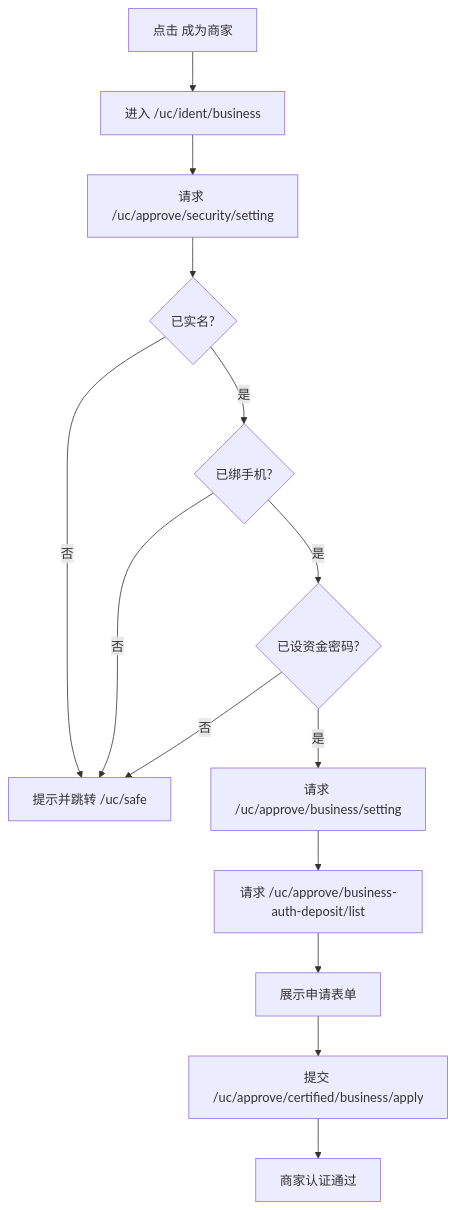
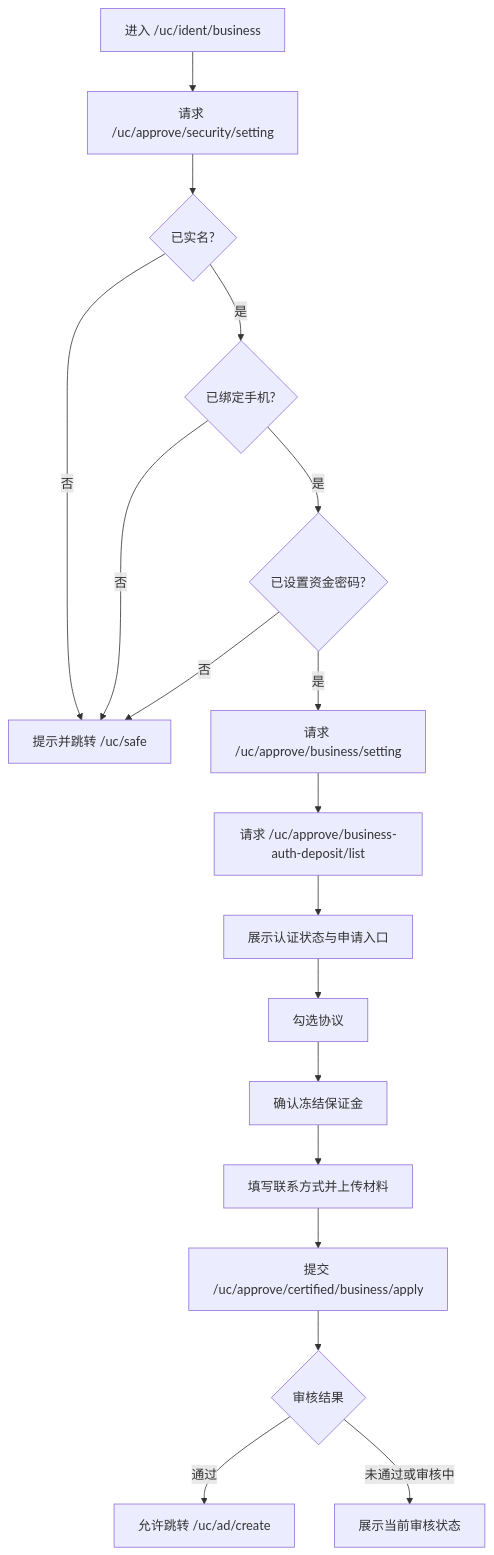
One commit to ethan2737/mscoin changed the second of 5 diagrams in OTC业务流程梳理.md. Above: the diagram before and after it, drawn with Mermaid. The commit also changed other lines of this file, not shown here.

````diff
--- a/OTC业务流程梳理.md
+++ b/OTC业务流程梳理.md
@@ -64,16 +80,20 @@
 ```mermaid
 flowchart TD
-    A[点击 成为商家] --> B[进入 /uc/ident/business]
-    B --> C[请求 /uc/approve/security/setting]
-    C --> D{已实名?}
-    D -- 否 --> E[提示并跳转 /uc/safe]
-    D -- 是 --> F{已绑手机?}
-    F -- 否 --> E
-    F -- 是 --> G{已设资金密码?}
-    G -- 否 --> E
-    G -- 是 --> H[请求 /uc/approve/business/setting]
-    H --> I[请求 /uc/approve/business-auth-deposit/list]
-    I --> J[展示申请表单]
-    J --> K[提交 /uc/approve/certified/business/apply]
-    K --> L[商家认证通过]
+    A[进入 /uc/ident/business] --> B[请求 /uc/approve/security/setting]
+    B --> C{已实名?}
+    C -- 否 --> D[提示并跳转 /uc/safe]
+    C -- 是 --> E{已绑定手机?}
+    E -- 否 --> D
+    E -- 是 --> F{已设置资金密码?}
+    F -- 否 --> D
+    F -- 是 --> G[请求 /uc/approve/business/setting]
+    G --> H[请求 /uc/approve/business-auth-deposit/list]
+    H --> I[展示认证状态与申请入口]
+    I --> J[勾选协议]
+    J --> K[确认冻结保证金]
+    K --> L[填写联系方式并上传材料]
+    L --> M[提交 /uc/approve/certified/business/apply]
+    M --> N{审核结果}
+    N -- 通过 --> O[允许跳转 /uc/ad/create]
+    N -- 未通过或审核中 --> P[展示当前审核状态]
 ```
````
